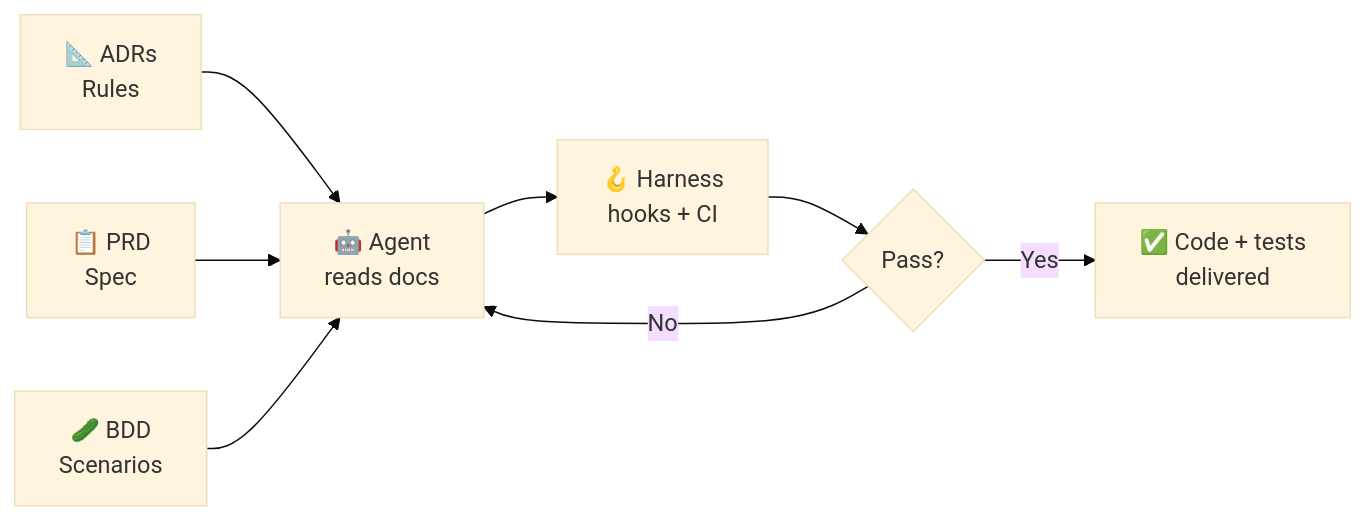
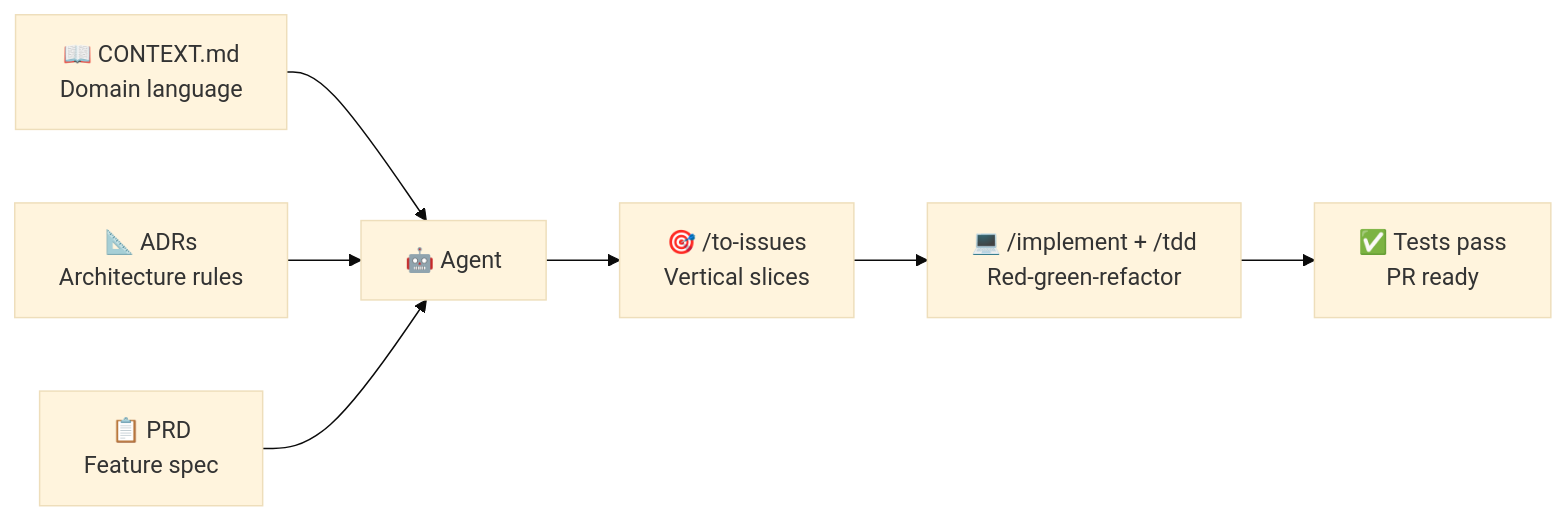
Before and after one commit to salvatorebottiglieri/coding_with_ai: the fifth of 5 diagrams in 002_top_down_planning/slides.md, drawn with Mermaid (base theme). The commit also changed other lines of this file and 1 other file, not shown here.

````diff
--- a/002_top_down_planning/slides.md
+++ b/002_top_down_planning/slides.md
@@ -1658,10 +2045,9 @@
 ```mermaid {scale: 0.6}
 graph LR
-    ADR["📐 ADRs<br/>Rules"] --> AG["🤖 Agent<br/>reads docs"]
-    PRD["📋 PRD<br/>Spec"] --> AG
-    BDD["🥒 BDD<br/>Scenarios"] --> AG
-    AG --> HARNESS["🪝 Harness<br/>hooks + CI"]
-    HARNESS --> FEEDBACK{Pass?}
-    FEEDBACK -->|No| AG
-    FEEDBACK -->|Yes| CODE["✅ Code + tests<br/>delivered"]
+    CTX["📖 CONTEXT.md<br/>Domain language"] --> AG["🤖 Agent"]
+    ADR["📐 ADRs<br/>Architecture rules"] --> AG
+    PRD["📋 PRD<br/>Feature spec"] --> AG
+    AG --> ISSUES["🎯 /to-issues<br/>Vertical slices"]
+    ISSUES --> IMPL["💻 /implement + /tdd<br/>Red-green-refactor"]
+    IMPL --> TESTS["✅ Tests pass<br/>PR ready"]
 ```
````
